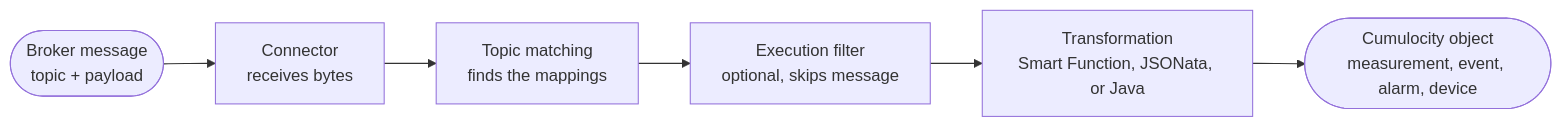
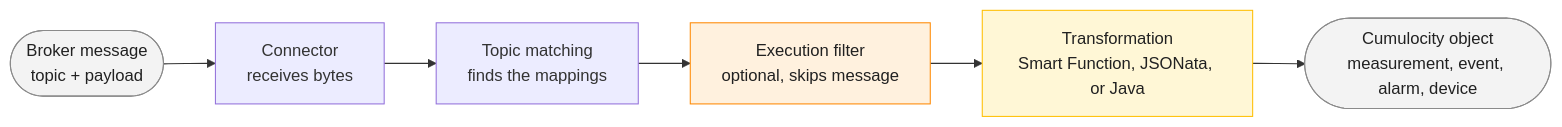
One commit to Cumulocity-IoT/cumulocity-dynamic-mapper changed the diagram in dynamic-mapper-ui/public/docs/concepts.md. Above: the diagram before and after it, drawn with Mermaid. The commit also changed 18 other files, not shown here.

Commit message:
color mermaid diagrams

````diff
--- a/dynamic-mapper-ui/public/docs/concepts.md
+++ b/dynamic-mapper-ui/public/docs/concepts.md
@@ -85,11 +85,18 @@
 ```mermaid
 flowchart LR
     broker(["Broker message<br/>topic + payload"])
     conn["Connector<br/>receives bytes"]
     match["Topic matching<br/>finds the mappings"]
     filter["Execution filter<br/>optional, skips message"]
     trans["Transformation<br/>Smart Function, JSONata, or Java"]
     c8y(["Cumulocity object<br/>measurement, event, alarm, device"])
 
     broker --> conn --> match --> filter --> trans --> c8y
+
+    classDef edge fill:#f3f3f3,stroke:#8a8a8a,color:#212121;
+    classDef warn fill:#fff1de,stroke:#FF8800,color:#212121;
+    classDef core fill:#fff7d6,stroke:#FFBE00,color:#212121;
+    class broker,c8y edge;
+    class filter warn;
+    class trans core;
 ```
````
